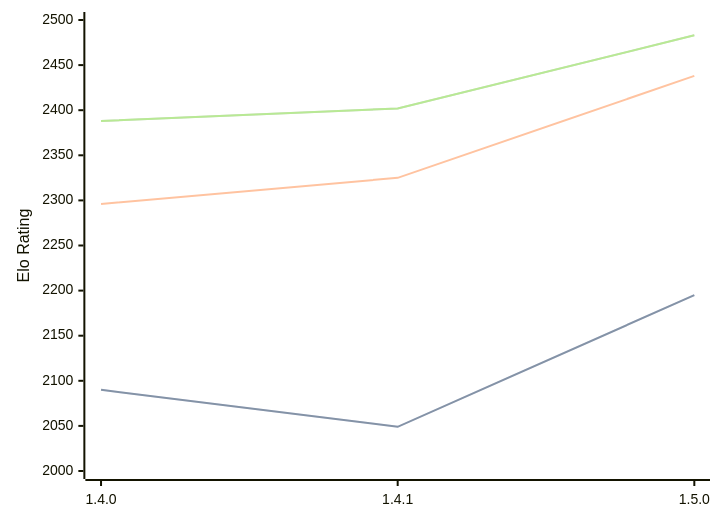
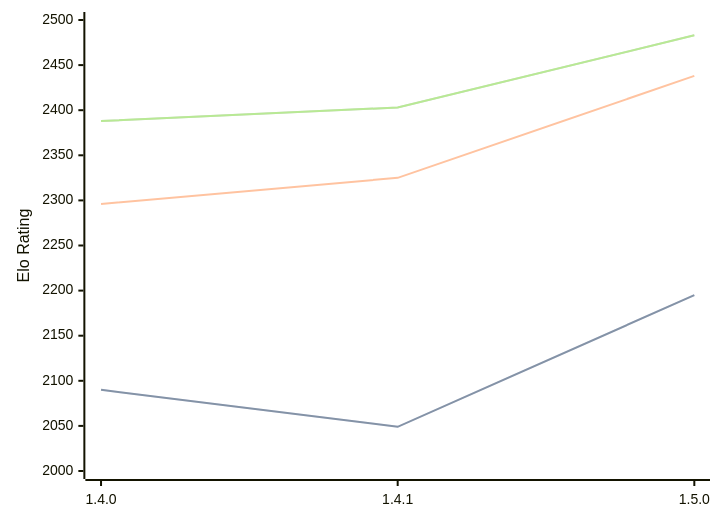
Before and after one commit to computer-chess-index/cci: the diagram in engines/Tofiks.md, drawn with Mermaid. The commit also changed other lines of this file, not shown here.

Commit message:
Update CCI Ratings (ELO VLTC) - 2026-09-25

````diff
--- a/engines/Tofiks.md
+++ b/engines/Tofiks.md
@@ -33,11 +33,11 @@
 ```mermaid
 %%{init: {"theme":"base","themeVariables":{"seriesColors:['#a3a3a3','#222221','#faa371']}}}%%
 xychart-beta
   x-axis ["1.4.0", "1.4.1", "1.5.0"]
   y-axis "Elo Rating" 2000 --> 2500
   line "" [2090, 2049, 2195]
   line "STC (8.0+0.08s)" [2090, 2049, 2195]
   line "LTC (60.0+0.60s)" [2296, 2325, 2438]
-  line "" [2388, 2402, 2483]
-  line "VLTC (2m24s+1.12s)" [2388, 2402, 2483]
+  line "" [2388, 2403, 2483]
+  line "VLTC (2m24s+1.12s)" [2388, 2403, 2483]
 ```
````
